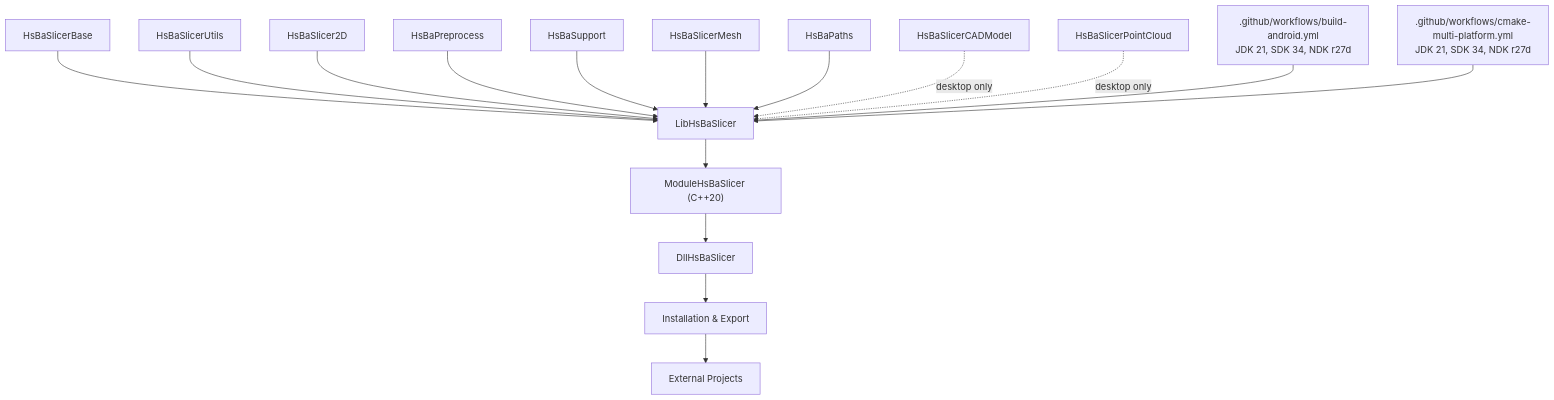
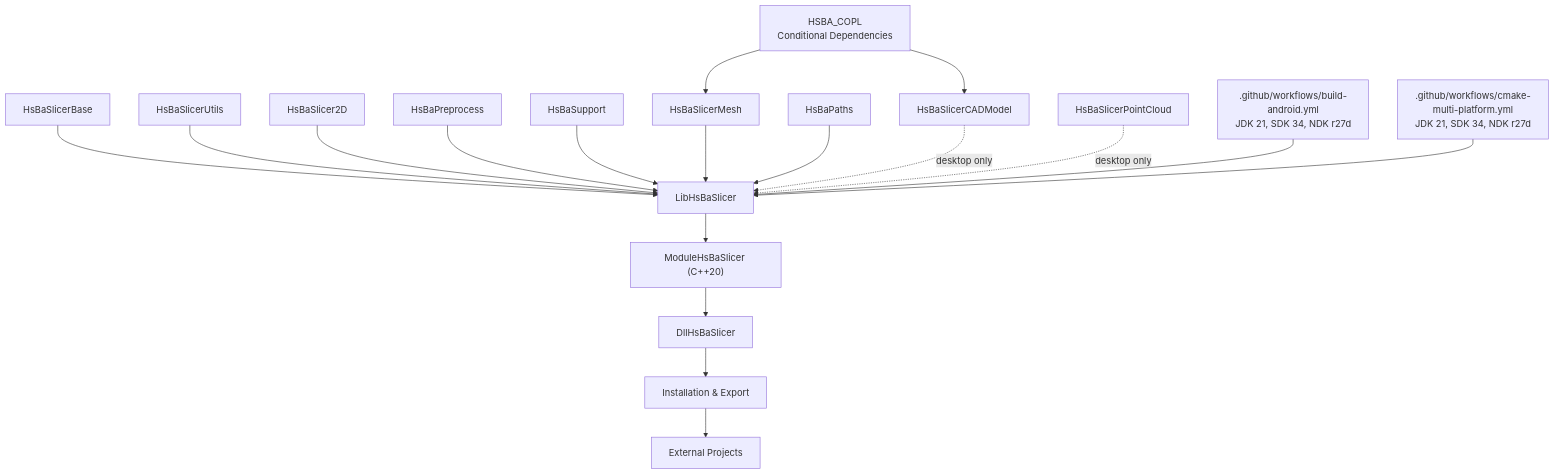
Before and after one commit to hsmbanlance/HsBaSlicer: diagram 20 of 20 in .qoder/repowiki/en/content/Getting Started/Multi-Platform Build System.md, drawn with Mermaid. The commit also changed other lines of this file and 11 other files, not shown here.

````diff
--- a/.qoder/repowiki/en/content/Getting Started/Multi-Platform Build System.md
+++ b/.qoder/repowiki/en/content/Getting Started/Multi-Platform Build System.md
@@ -745,18 +799,20 @@
 ```mermaid
 graph TB
 Base["HsBaSlicerBase"] --> Lib["LibHsBaSlicer"]
 Utils["HsBaSlicerUtils"] --> Lib
 TwoD["HsBaSlicer2D"] --> Lib
 Prep["HsBaPreprocess"] --> Lib
 Supp["HsBaSupport"] --> Lib
 Mesh["HsBaSlicerMesh"] --> Lib
 Paths["HsBaPaths"] --> Lib
 CAD["HsBaSlicerCADModel"] -. desktop only .-> Lib
 PointCloud["HsBaSlicerPointCloud"] -. desktop only .-> Lib
 Lib --> Module["ModuleHsBaSlicer (C++20)"]
 Module --> Dll["DllHsBaSlicer"]
 Dll --> Install["Installation & Export"]
 Install --> External["External Projects"]
 AndroidCI[".github/workflows/build-android.yml<br/>JDK 21, SDK 34, NDK r27d"] --> Lib
 MultiPlatform[".github/workflows/cmake-multi-platform.yml<br/>JDK 21, SDK 34, NDK r27d"] --> Lib
+Copyleft["HSBA_COPL<br/>Conditional Dependencies"] --> Mesh
+Copyleft --> CAD
 ```
````
